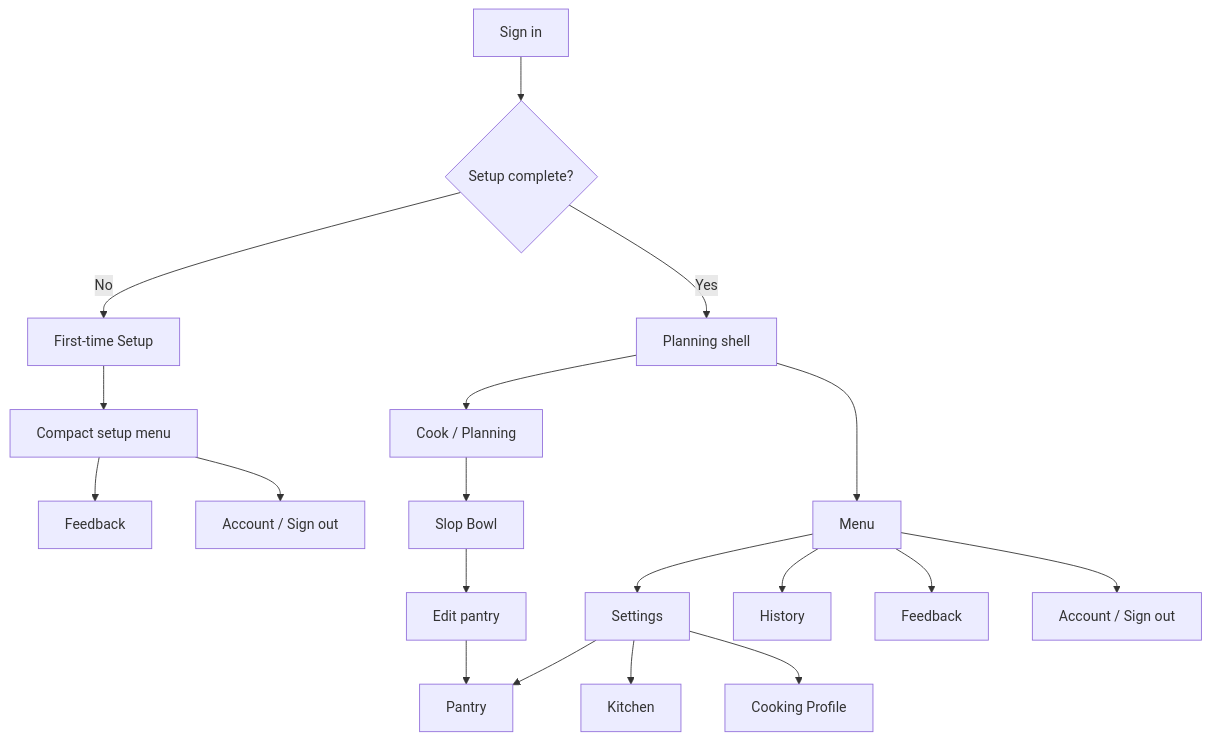
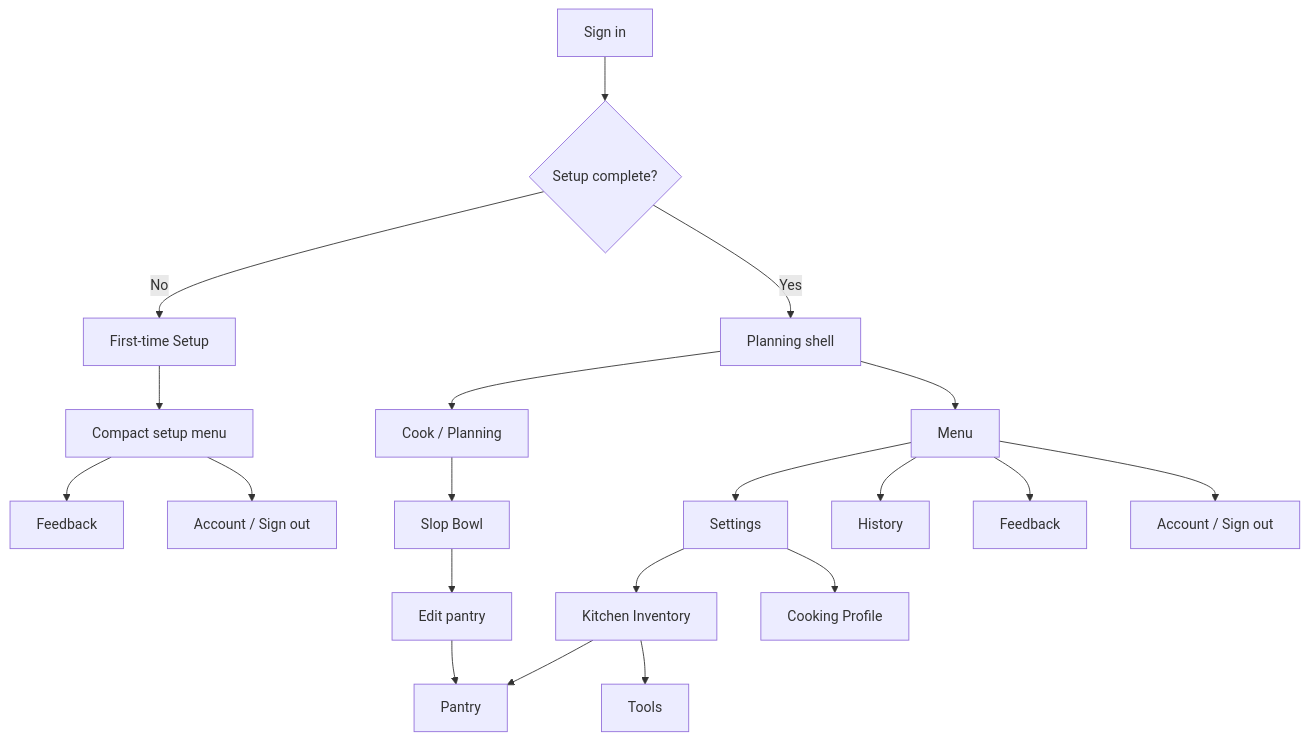
One commit to wmishak404/laica changed the diagram in product-decisions/features/mobile-refresh/pd-phase-02-2-returning-setup-settings.md. Above: the diagram before and after it, drawn with Mermaid. The commit also changed other lines of this file and 10 other files, not shown here.

Commit message:
Consolidate Kitchen Inventory profile flow

````diff
--- a/product-decisions/features/mobile-refresh/pd-phase-02-2-returning-setup-settings.md
+++ b/product-decisions/features/mobile-refresh/pd-phase-02-2-returning-setup-settings.md
@@ -47,26 +59,27 @@
 ```mermaid
 flowchart TD
   A["Sign in"] --> B{"Setup complete?"}
   B -->|No| C["First-time Setup"]
   B -->|Yes| D["Planning shell"]
 
   C --> E["Compact setup menu"]
   E --> F["Feedback"]
   E --> G["Account / Sign out"]
 
   D --> H["Cook / Planning"]
   D --> I["Menu"]
 
   I --> J["Settings"]
   I --> K["History"]
   I --> L["Feedback"]
   I --> M["Account / Sign out"]
 
-  J --> N["Pantry"]
-  J --> O["Kitchen"]
-  J --> P["Cooking Profile"]
+  J --> N["Kitchen Inventory"]
+  N --> O["Pantry"]
+  N --> P["Tools"]
+  J --> R["Cooking Profile"]
 
   H --> Q["Slop Bowl"]
-  Q --> R["Edit pantry"]
-  R --> N
+  Q --> S["Edit pantry"]
+  S --> O
 ```
````
